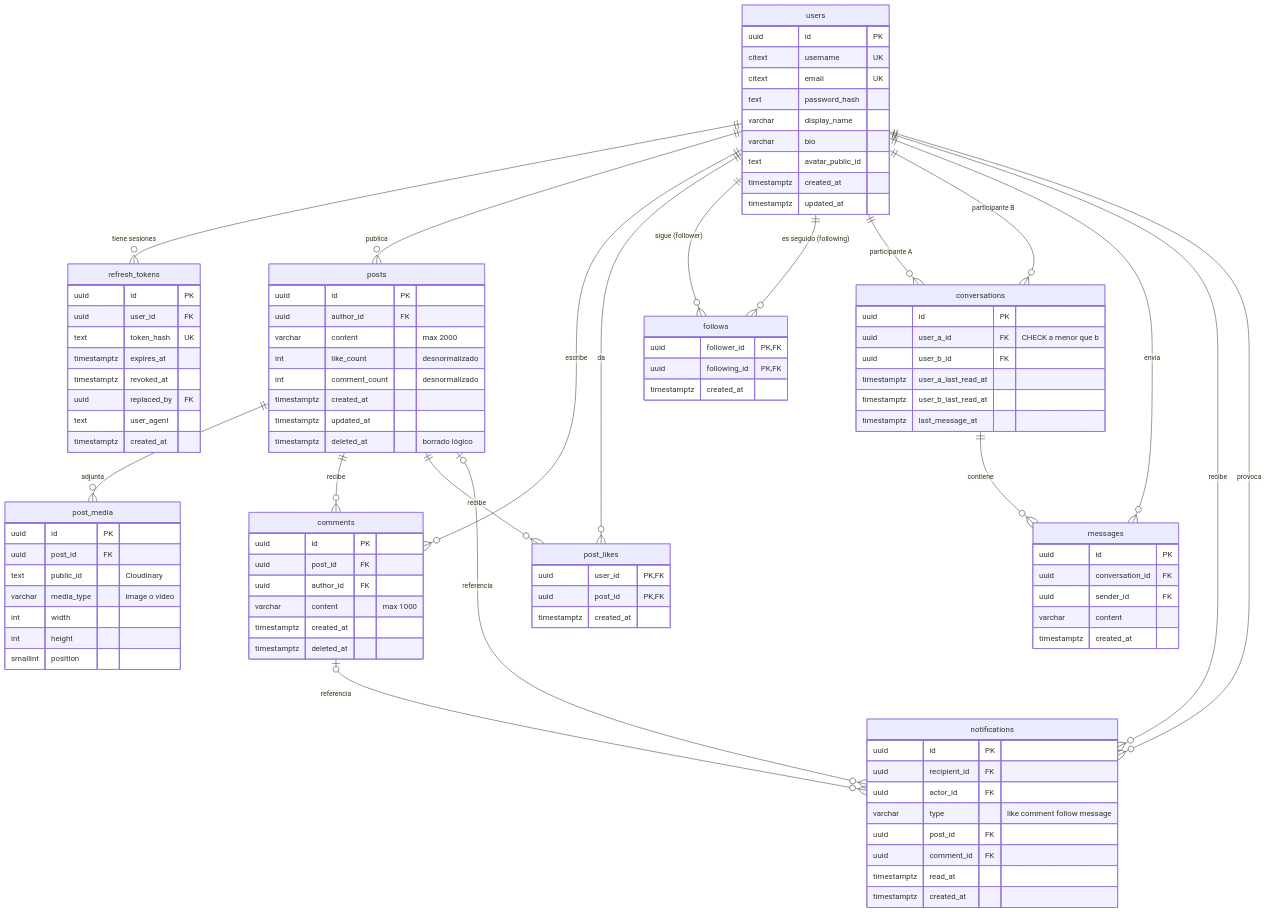
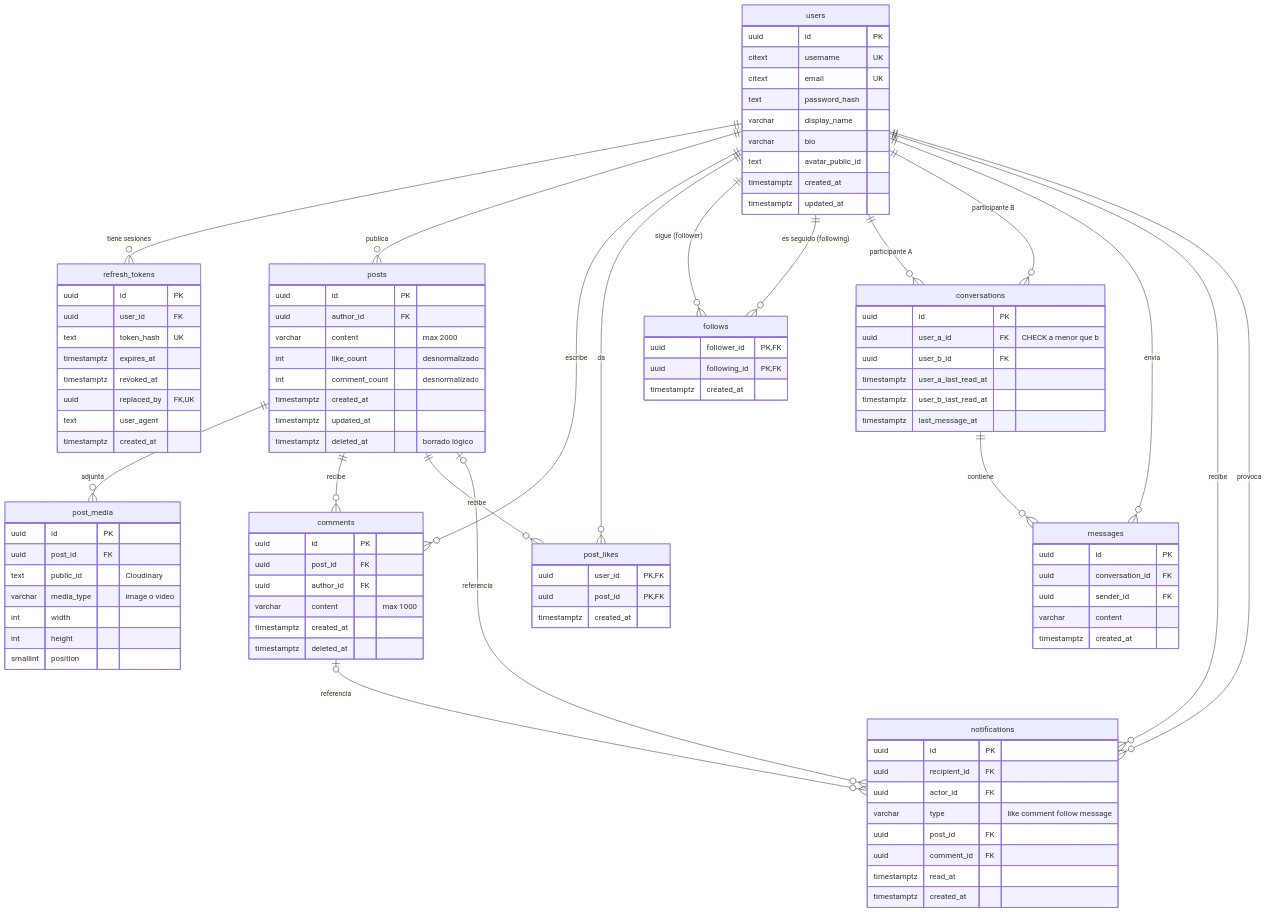
One commit to EmilioAlonzo4587/red-social changed the diagram in docs/04-base-de-datos.md. Above: the diagram before and after it, drawn with Mermaid. The commit also changed other lines of this file and 3 other files, not shown here.

```diff
--- a/docs/04-base-de-datos.md
+++ b/docs/04-base-de-datos.md
@@ -33,7 +33,7 @@
     text token_hash UK
     timestamptz expires_at
     timestamptz revoked_at
-    uuid replaced_by FK
+    uuid replaced_by FK, UK
     text user_agent
     timestamptz created_at
   }
```
